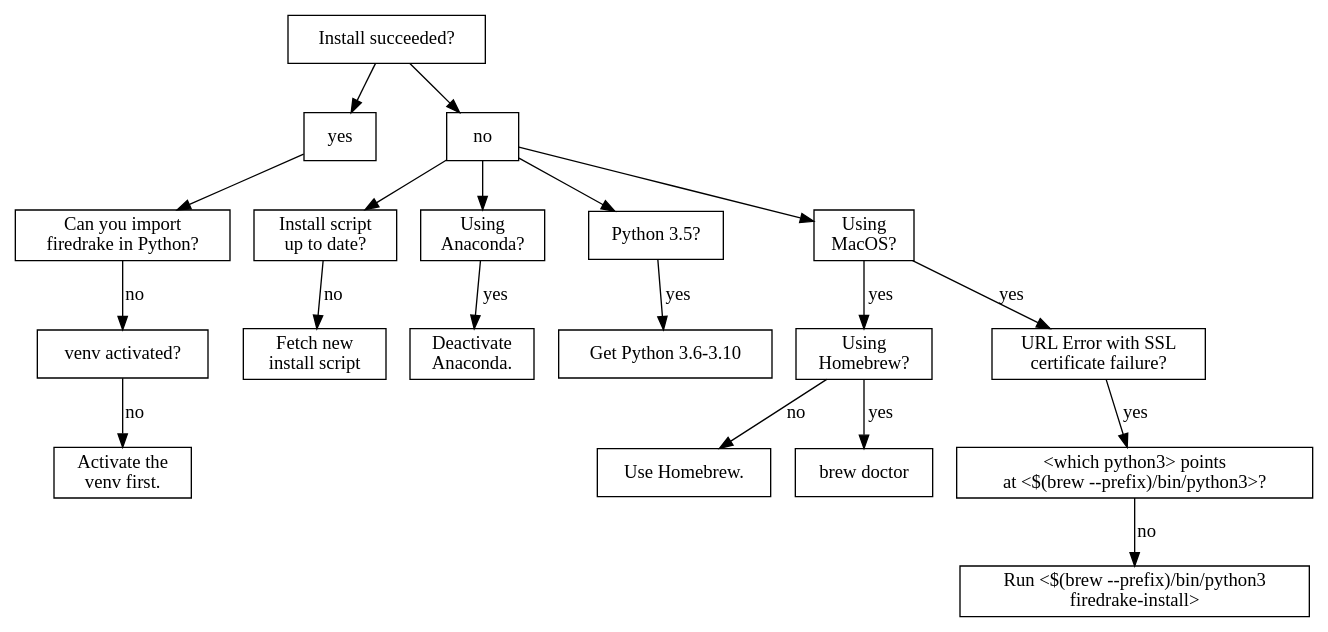
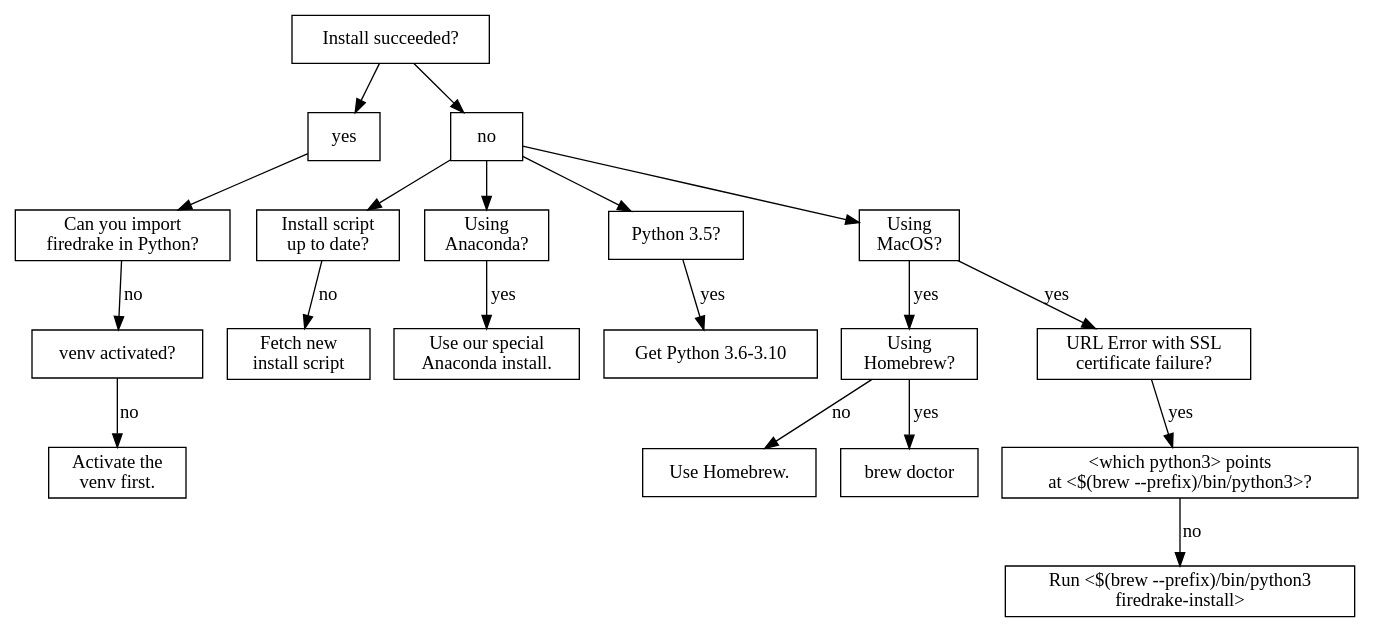
One commit to firedrakeproject/firedrake changed the diagram in docs/source/install-debug.dot. Above: the diagram before and after it, drawn with Graphviz. The commit also changed 1 other file, not shown here.

Commit message:
Update docs on conda installation

```diff
--- a/docs/source/install-debug.dot
+++ b/docs/source/install-debug.dot
@@ -1,41 +1,41 @@
 digraph triage {
     node [shape=rect];
 
     can_install [label="Install succeeded?"];
     install_succeeded [label="yes"];
     install_failed [label="no"];
     can_import [label="Can you import\nfiredrake in Python?"];
     venv_activated [label="venv activated?"];
     install_script_up_to_date [label="Install script\nup to date?"];
     using_anaconda [label="Using\nAnaconda?"];
     python_version [label="Python 3.5?"];
     using_macos [label="Using\nMacOS?"];
     using_homebrew [label="Using\nHomebrew?"];
     url_error [label="URL Error with SSL\ncertificate failure?"];
     which_python [label="<which python3> points\nat <$(brew --prefix)/bin/python3>?"];
 
     activate_venv [label="Activate the\nvenv first."];
-    uninstall_anaconda [label="Deactivate\nAnaconda."];
+    conda_script [label="Use our special\nAnaconda install."];
     update_python [label="Get Python 3.6-3.10"];
     update_install_script [label="Fetch new\ninstall script"];
     get_homebrew [label="Use Homebrew."];
     brew_doctor [label="brew doctor"];
     explicit_path [label="Run <$(brew --prefix)/bin/python3\n firedrake-install>"];
 
     can_install -> install_succeeded;
     install_succeeded -> can_import;
     can_import -> venv_activated [label="no"];
     venv_activated -> activate_venv [label="no"];
 
     can_install -> install_failed;
     install_failed -> {install_script_up_to_date, using_anaconda, python_version, using_macos};
     install_script_up_to_date -> update_install_script [label="no"];
     python_version -> update_python [label="yes"];
-    using_anaconda -> uninstall_anaconda [label="yes"];
+    using_anaconda -> conda_script [label="yes"];
     using_macos -> using_homebrew [label="yes"];
     using_homebrew -> get_homebrew [label="no"];
     using_homebrew -> brew_doctor [label="yes"];
     using_macos -> url_error [label="yes"];
     url_error -> which_python [label="yes"];
     which_python -> explicit_path [label="no"];
 }
```
